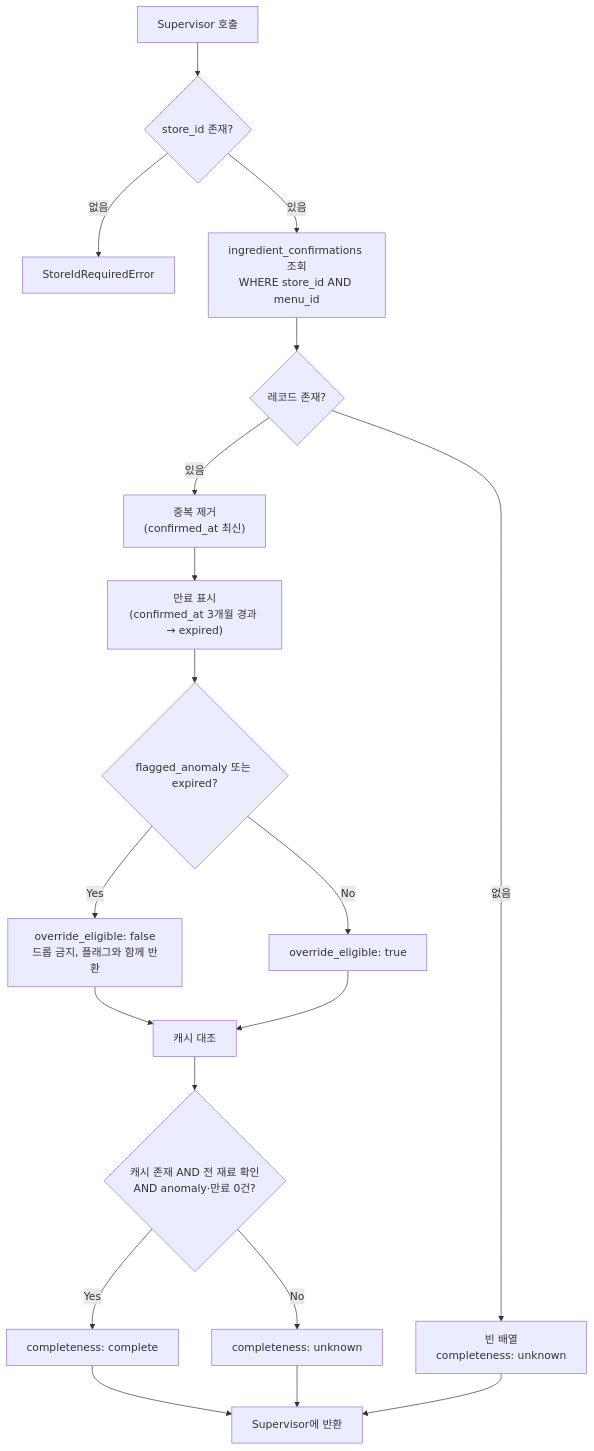
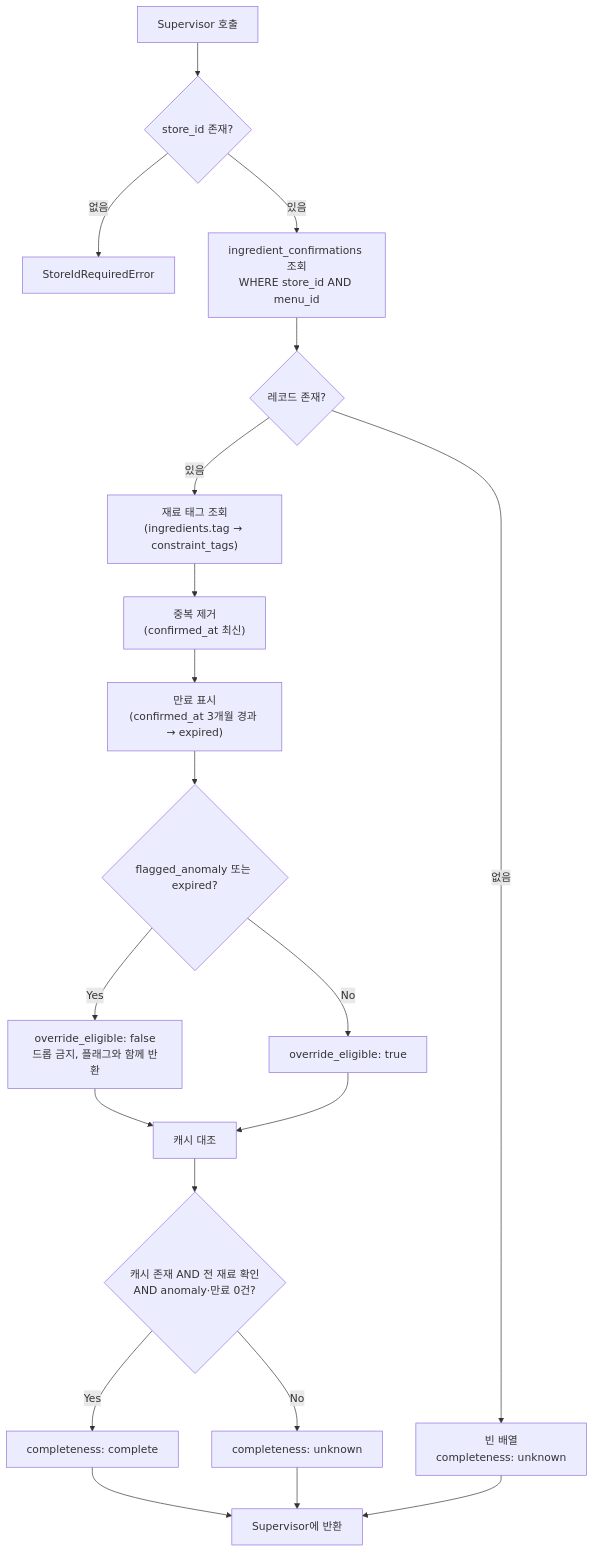
Before and after one commit to Han-Spoon/ai: the diagram in docs/agent-3-exact.md, drawn with Mermaid. The commit also changed other lines of this file, not shown here.

````diff
--- a/docs/agent-3-exact.md
+++ b/docs/agent-3-exact.md
@@ -118,21 +185,22 @@
 ```mermaid
 flowchart TD
     S[Supervisor 호출] --> V{store_id 존재?}
     V -->|없음| ERR[StoreIdRequiredError]
     V -->|있음| Q["ingredient_confirmations 조회<br/>WHERE store_id AND menu_id"]
     Q --> N{레코드 존재?}
     N -->|없음| E["빈 배열<br/>completeness: unknown"]
-    N -->|있음| DD["중복 제거<br/>(confirmed_at 최신)"]
+    N -->|있음| TG["재료 태그 조회<br/>(ingredients.tag → constraint_tags)"]
+    TG --> DD["중복 제거<br/>(confirmed_at 최신)"]
     DD --> EX["만료 표시<br/>(confirmed_at 3개월 경과 → expired)"]
     EX --> A{"flagged_anomaly 또는 expired?"}
     A -->|Yes| MARK["override_eligible: false<br/>드롭 금지, 플래그와 함께 반환"]
     A -->|No| OK["override_eligible: true"]
     MARK --> C[캐시 대조]
     OK --> C
     C --> CP{"캐시 존재 AND 전 재료 확인<br/>AND anomaly·만료 0건?"}
     CP -->|Yes| COMP["completeness: complete"]
     CP -->|No| UNK["completeness: unknown"]
     COMP --> OUT[Supervisor에 반환]
     UNK --> OUT
     E --> OUT
 ```
````
